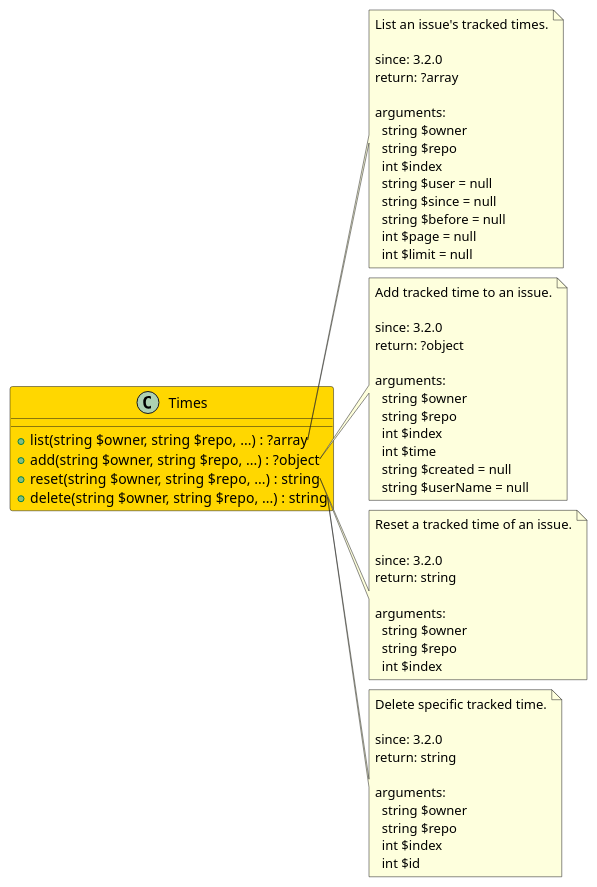
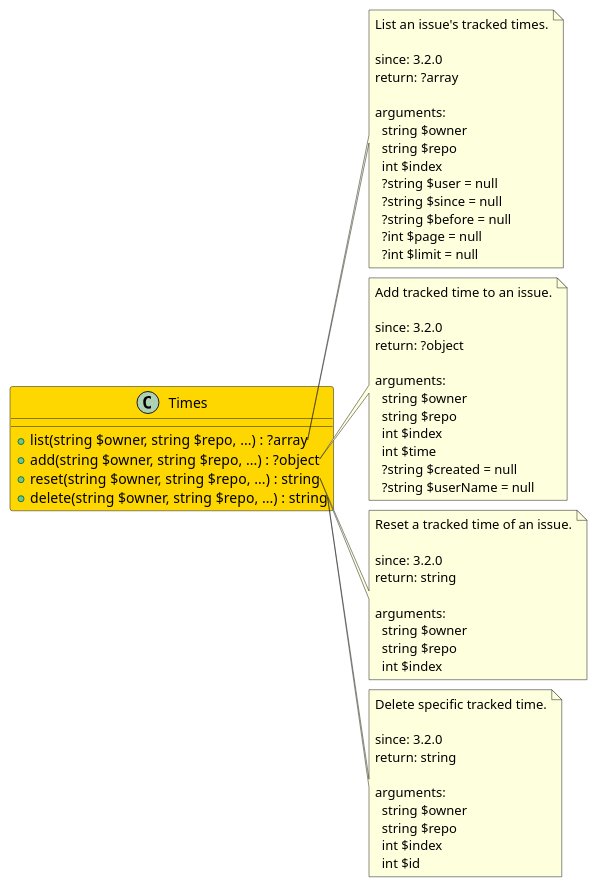
One commit to joomengine/gitea changed the diagram in src/d273c34e-88c1-438b-98c0-801996f58c29/README.md. Above: the diagram before and after it, drawn with PlantUML. The commit also changed 28 other files, not shown here.

````diff
--- a/src/d273c34e-88c1-438b-98c0-801996f58c29/README.md
+++ b/src/d273c34e-88c1-438b-98c0-801996f58c29/README.md
@@ -6,69 +6,69 @@
 ```uml
 @startuml
 
 class Times  #Gold {
   + list(string $owner, string $repo, ...) : ?array
   + add(string $owner, string $repo, ...) : ?object
   + reset(string $owner, string $repo, ...) : string
   + delete(string $owner, string $repo, ...) : string
 }
 
 note right of Times::list
   List an issue's tracked times.
 
   since: 3.2.0
   return: ?array
   
   arguments:
     string $owner
     string $repo
     int $index
-    string $user = null
-    string $since = null
-    string $before = null
-    int $page = null
-    int $limit = null
+    ?string $user = null
+    ?string $since = null
+    ?string $before = null
+    ?int $page = null
+    ?int $limit = null
 end note
 
 note right of Times::add
   Add tracked time to an issue.
 
   since: 3.2.0
   return: ?object
   
   arguments:
     string $owner
     string $repo
     int $index
     int $time
-    string $created = null
-    string $userName = null
+    ?string $created = null
+    ?string $userName = null
 end note
 
 note right of Times::reset
   Reset a tracked time of an issue.
 
   since: 3.2.0
   return: string
   
   arguments:
     string $owner
     string $repo
     int $index
 end note
 
 note right of Times::delete
   Delete specific tracked time.
 
   since: 3.2.0
   return: string
   
   arguments:
     string $owner
     string $repo
     int $index
     int $id
 end note
 
 @enduml
 ```
````
